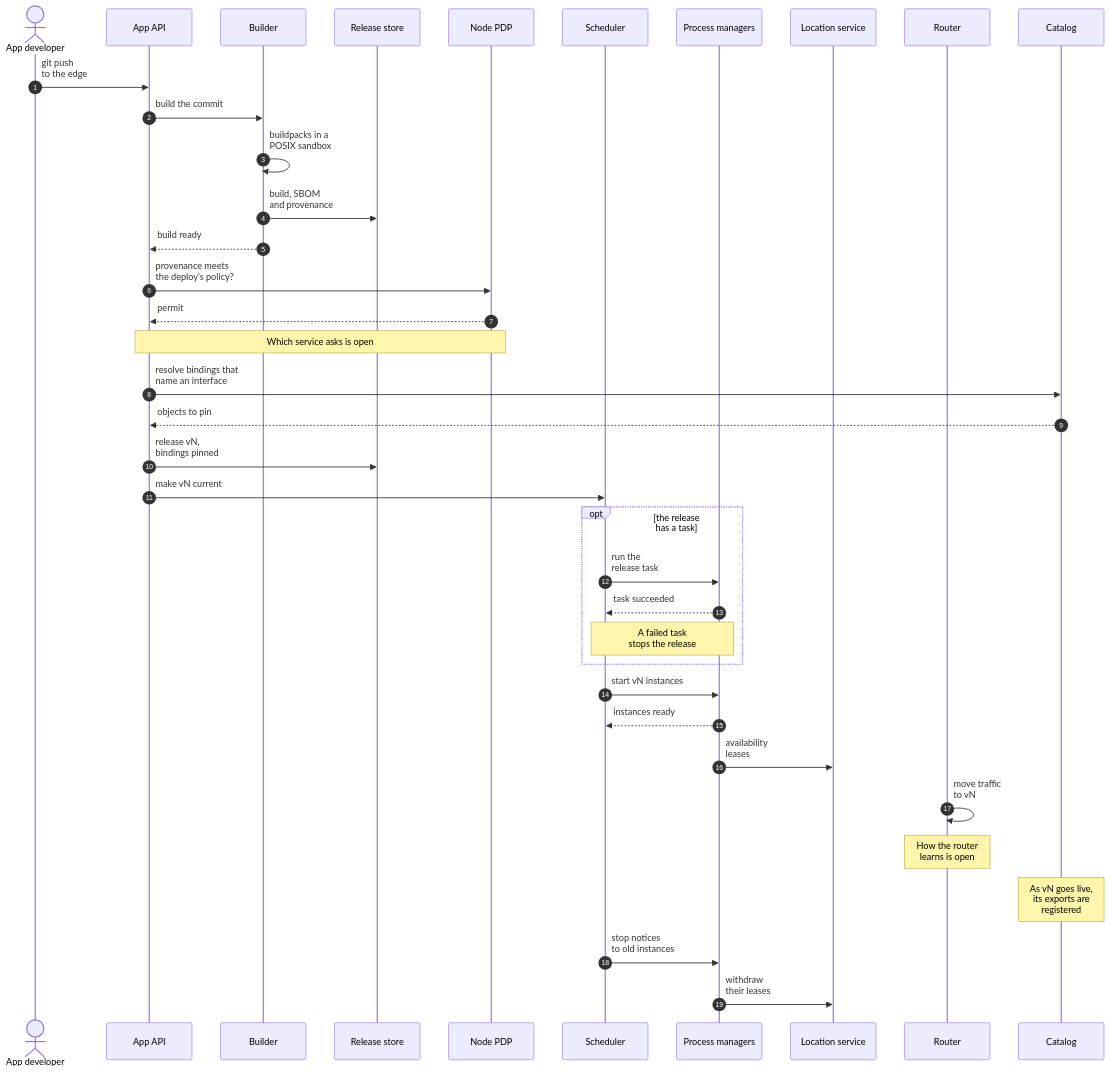
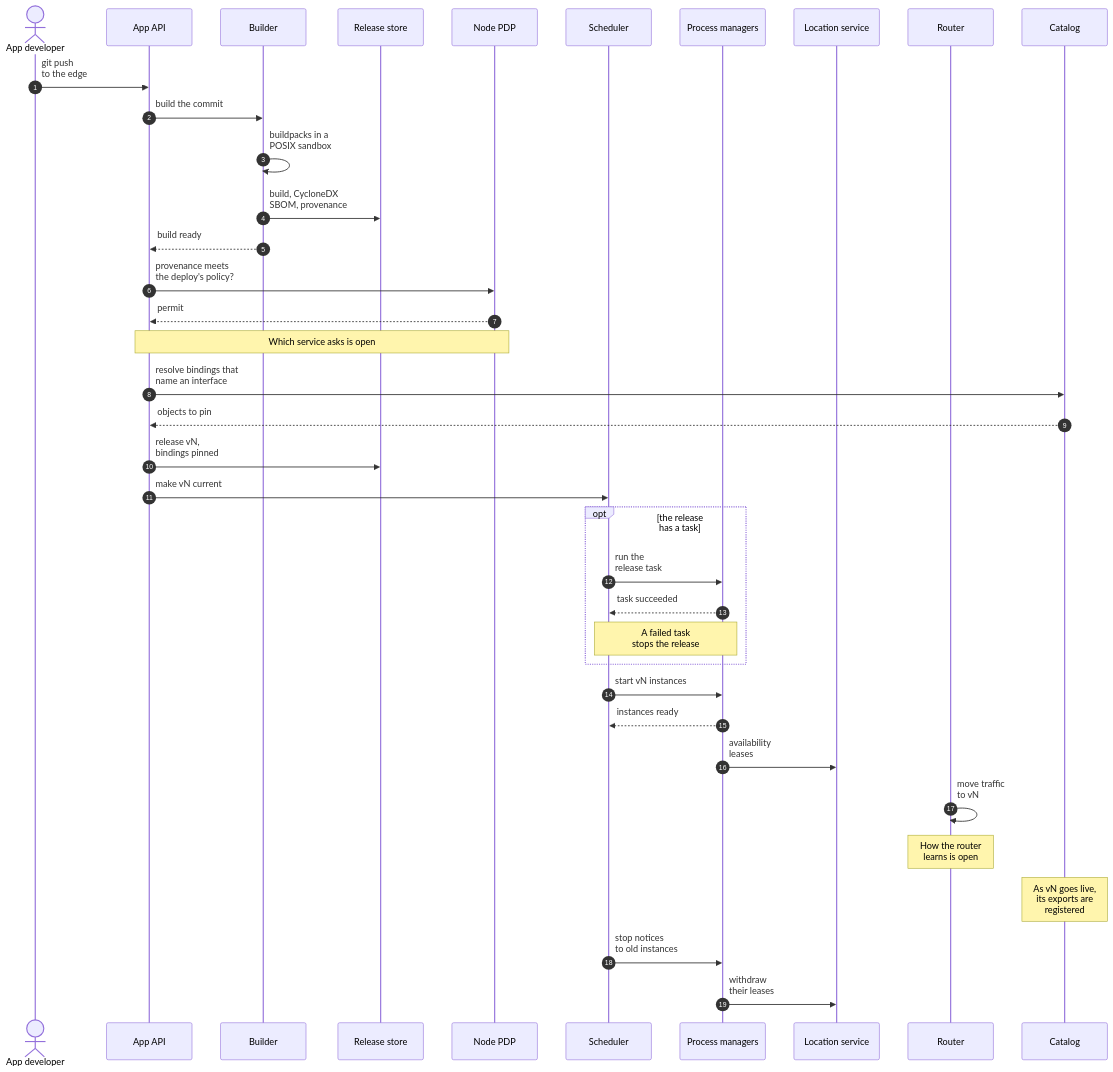
One commit to nckroy/ASPIS changed the ninth of 10 diagrams in docs/design/key-flows.md. Above: the diagram before and after it, drawn with Mermaid. The commit also changed other lines of this file and 66 other files, not shown here.

````diff
--- a/docs/design/key-flows.md
+++ b/docs/design/key-flows.md
@@ -508,45 +536,45 @@
 ```mermaid
 ---
 config:
   sequence:
     messageAlign: left
     boxMargin: 16
 ---
 sequenceDiagram
     autonumber
     actor D as App developer
     participant A as App API
     participant B as Builder
     participant RS as Release store
     participant PDP as Node PDP
     participant S as Scheduler
     participant PM as Process managers
     participant LS as Location service
     participant R as Router
     participant C as Catalog
     D->>A: git push<br/>to the edge
     A->>B: build the commit
     B->>B: buildpacks in a<br/>POSIX sandbox
-    B->>RS: build, SBOM<br/>and provenance
+    B->>RS: build, CycloneDX<br/>SBOM, provenance
     B-->>A: build ready
     A->>PDP: provenance meets<br/>the deploy's policy?
     PDP-->>A: permit
     Note over A,PDP: Which service asks is open
     A->>C: resolve bindings that<br/>name an interface
     C-->>A: objects to pin
     A->>RS: release vN,<br/>bindings pinned
     A->>S: make vN current
     opt the release<br/>has a task
         S->>PM: run the<br/>release task
         PM-->>S: task succeeded
         Note over S,PM: A failed task<br/>stops the release
     end
     S->>PM: start vN instances
     PM-->>S: instances ready
     PM->>LS: availability<br/>leases
     R->>R: move traffic<br/>to vN
     Note over R: How the router<br/>learns is open
     Note over C: As vN goes live,<br/>its exports are<br/>registered
     S->>PM: stop notices<br/>to old instances
     PM->>LS: withdraw<br/>their leases
 ```
````
